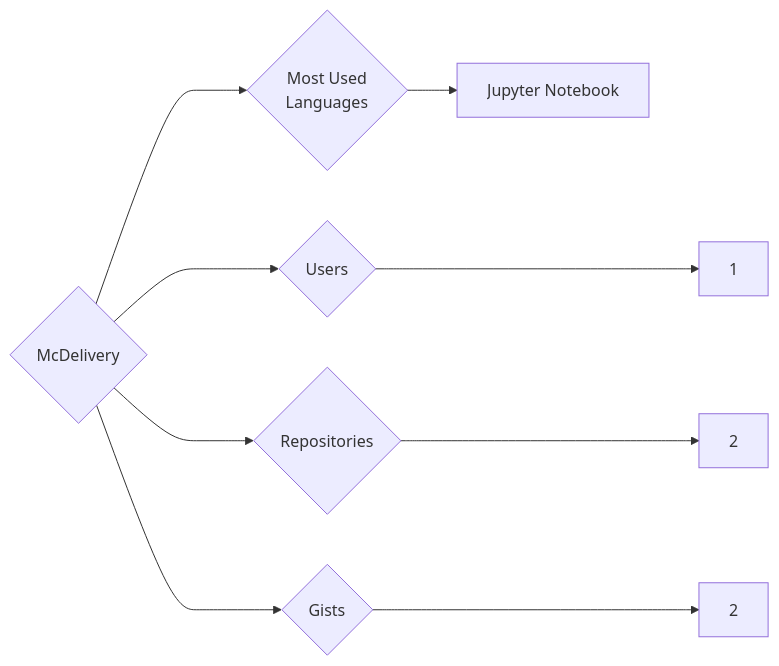
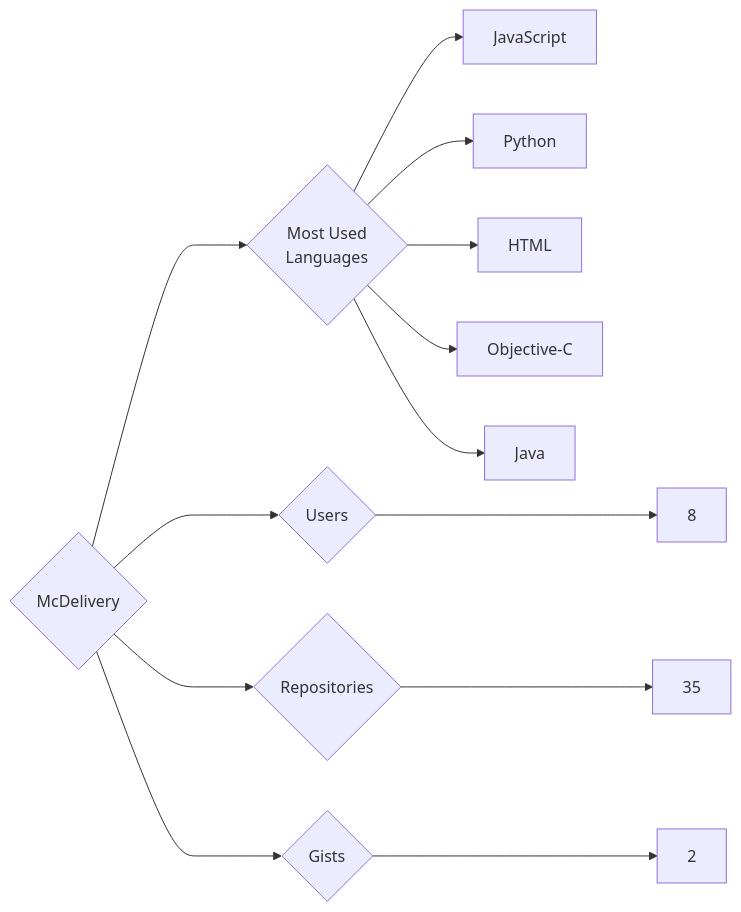
Before and after one commit to trickest/insiders: the diagram in targets/McDelivery/README.md, drawn with Mermaid. The commit also changed 1696 other files, not shown here.

````diff
--- a/targets/McDelivery/README.md
+++ b/targets/McDelivery/README.md
@@ -3,9 +3,13 @@
 ```mermaid
 graph LR
 COMPANY_NAME{McDelivery}
-COMPANY_NAME ---> U{Users} ---> UN[1]
-COMPANY_NAME ---> R{Repositories} ---> RN[2]
+COMPANY_NAME ---> U{Users} ---> UN[8]
+COMPANY_NAME ---> R{Repositories} ---> RN[35]
 COMPANY_NAME ---> G{Gists} ---> GN[2]
 COMPANY_NAME ---> ML{Most Used<br>Languages}
-ML --> Jupyter_Notebook[Jupyter Notebook]
+ML --> JavaScript[JavaScript]
+ML --> Python[Python]
+ML --> HTML[HTML]
+ML --> Objective-C[Objective-C]
+ML --> Java[Java]
 ```
````
